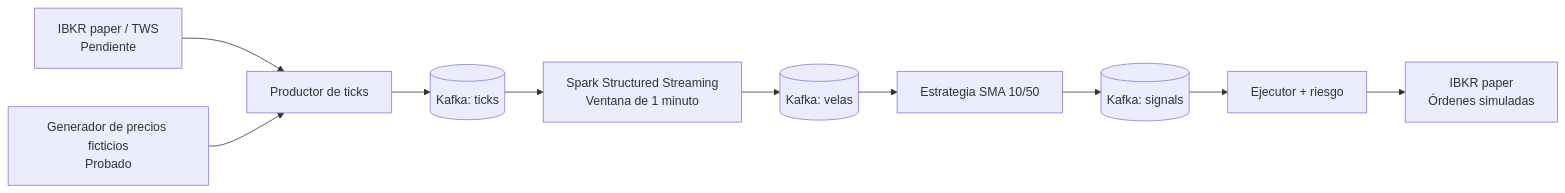
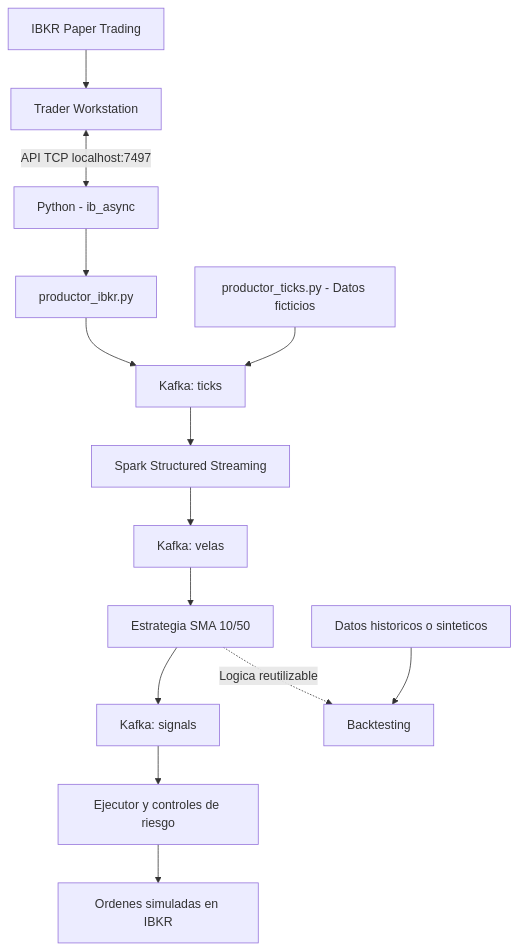
Before and after one commit to laurasanchezmtz/Proyecto_Trading_Algoritmico: the diagram in docs/docs/MAPA_DE_TRABAJO.md, drawn with Mermaid. The commit also changed other lines of this file and 4 other files, not shown here.

Commit message:
Integracion API IBKR, productor de cotizaciones y actualizacion de documentacion

````diff
--- a/docs/docs/MAPA_DE_TRABAJO.md
+++ b/docs/docs/MAPA_DE_TRABAJO.md
@@ -10,12 +29,16 @@
 ```mermaid
-flowchart LR
-  A[IBKR paper / TWS<br/>Pendiente] --> B[Productor de ticks]
-  T[Generador de precios ficticios<br/>Probado] --> B
-  B --> C[(Kafka: ticks)]
-  C --> D[Spark Structured Streaming<br/>Ventana de 1 minuto]
-  D --> E[(Kafka: velas)]
-  E --> F[Estrategia SMA 10/50]
-  F --> G[(Kafka: signals)]
-  G --> H[Ejecutor + riesgo]
-  H --> I[IBKR paper<br/>Órdenes simuladas]
+flowchart TD
+    A["IBKR Paper Trading"] --> B["Trader Workstation"]
+    B <-->|"API TCP localhost:7497"| C["Python - ib_async"]
+    C --> D["productor_ibkr.py"]
+    T["productor_ticks.py - Datos ficticios"] --> E["Kafka: ticks"]
+    D --> E
+    E --> F["Spark Structured Streaming"]
+    F --> G["Kafka: velas"]
+    G --> H["Estrategia SMA 10/50"]
+    H --> I["Kafka: signals"]
+    I --> J["Ejecutor y controles de riesgo"]
+    J --> K["Ordenes simuladas en IBKR"]
+    L["Datos historicos o sinteticos"] --> M["Backtesting"]
+    H -.->|"Logica reutilizable"| M
 ```
````
